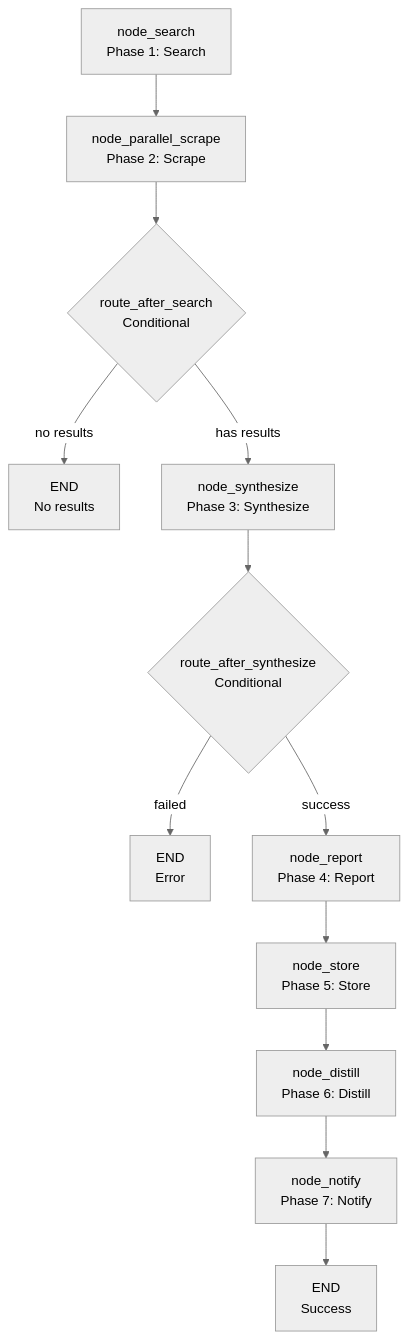
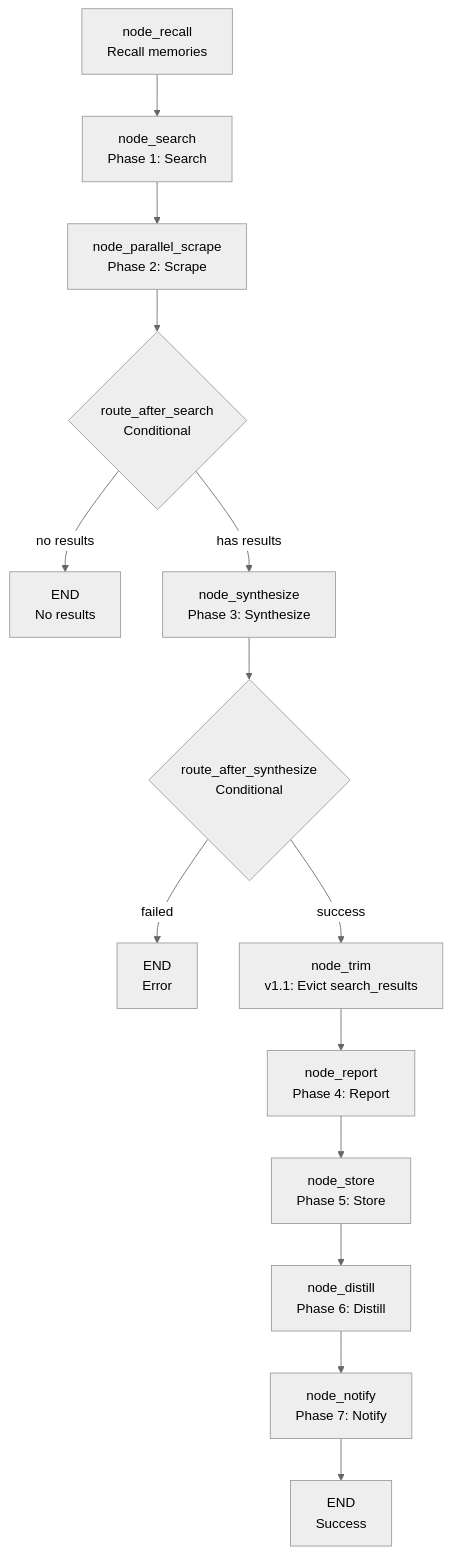
Before and after one commit to brunogcar/agent: the diagram in docs/workflows/research/ARCHITECTURE.md, drawn with Mermaid (neutral theme). The commit also changed other lines of this file and 9 other files, not shown here.

````diff
--- a/docs/workflows/research/ARCHITECTURE.md
+++ b/docs/workflows/research/ARCHITECTURE.md
@@ -44,14 +60,16 @@
 ```mermaid
 graph TD
-    A["node_search<br/>Phase 1: Search"] --> B["node_parallel_scrape<br/>Phase 2: Scrape"]
-    B --> C{"route_after_search<br/>Conditional"}
-    C -->|no results| D["END<br/>No results"]
-    C -->|has results| E["node_synthesize<br/>Phase 3: Synthesize"]
-    E --> F{"route_after_synthesize<br/>Conditional"}
-    F -->|failed| G["END<br/>Error"]
-    F -->|success| H["node_report<br/>Phase 4: Report"]
-    H --> I["node_store<br/>Phase 5: Store"]
-    I --> J["node_distill<br/>Phase 6: Distill"]
-    J --> K["node_notify<br/>Phase 7: Notify"]
-    K --> L["END<br/>Success"]
+    A["node_recall<br/>Recall memories"] --> B["node_search<br/>Phase 1: Search"]
+    B --> C["node_parallel_scrape<br/>Phase 2: Scrape"]
+    C --> D{"route_after_search<br/>Conditional"}
+    D -->|no results| E["END<br/>No results"]
+    D -->|has results| F["node_synthesize<br/>Phase 3: Synthesize"]
+    F --> G{"route_after_synthesize<br/>Conditional"}
+    G -->|failed| H["END<br/>Error"]
+    G -->|success| I["node_trim<br/>v1.1: Evict search_results"]
+    I --> J["node_report<br/>Phase 4: Report"]
+    J --> K["node_store<br/>Phase 5: Store"]
+    K --> L["node_distill<br/>Phase 6: Distill"]
+    L --> M["node_notify<br/>Phase 7: Notify"]
+    M --> N["END<br/>Success"]
 ```
````
